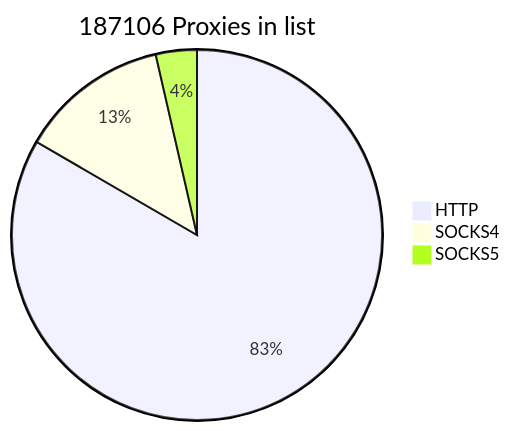
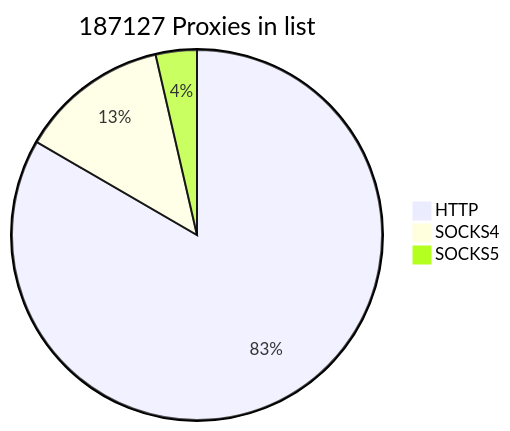
The first of 2 diagrams in README.md (cutipu/proxylist), drawn with Mermaid before and after one commit. The commit also changed other lines of this file, not shown here.

````diff
--- a/README.md
+++ b/README.md
@@ -2,7 +2,7 @@
 ```mermaid
-pie title 187106 Proxies in list
-    "HTTP" : 155986
+pie title 187127 Proxies in list
+    "HTTP" : 155988
     "SOCKS4" : 24416
-    "SOCKS5" : 6704
+    "SOCKS5" : 6723
             
 ```
````
